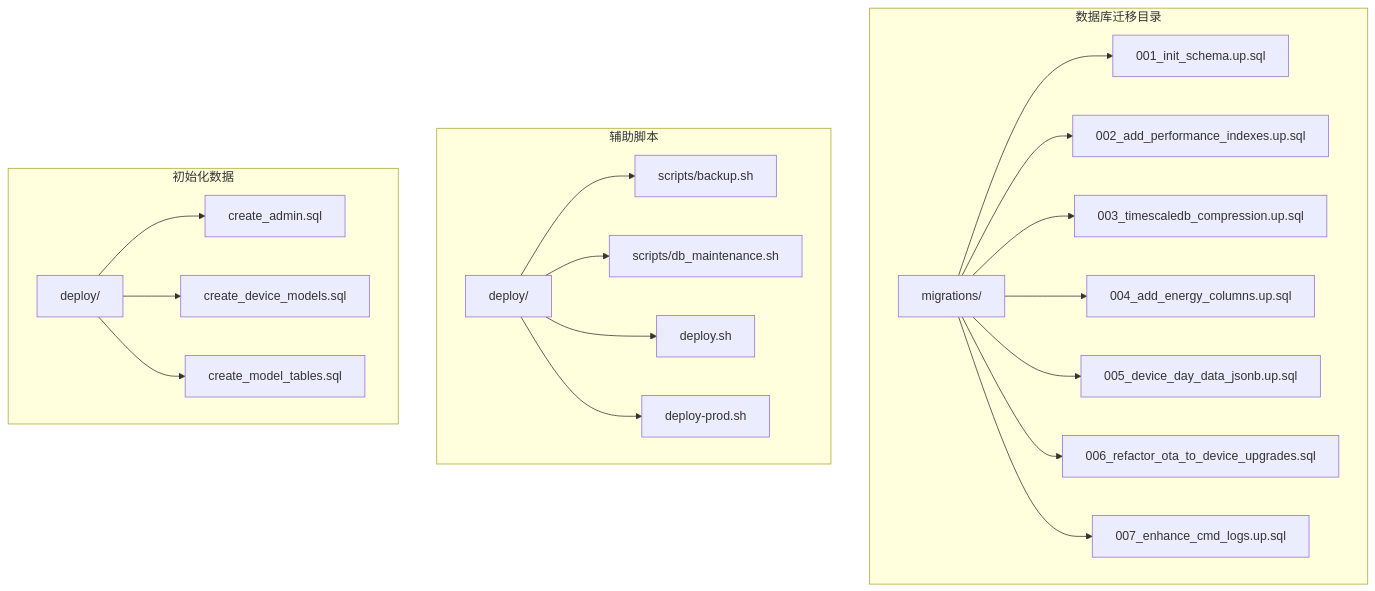
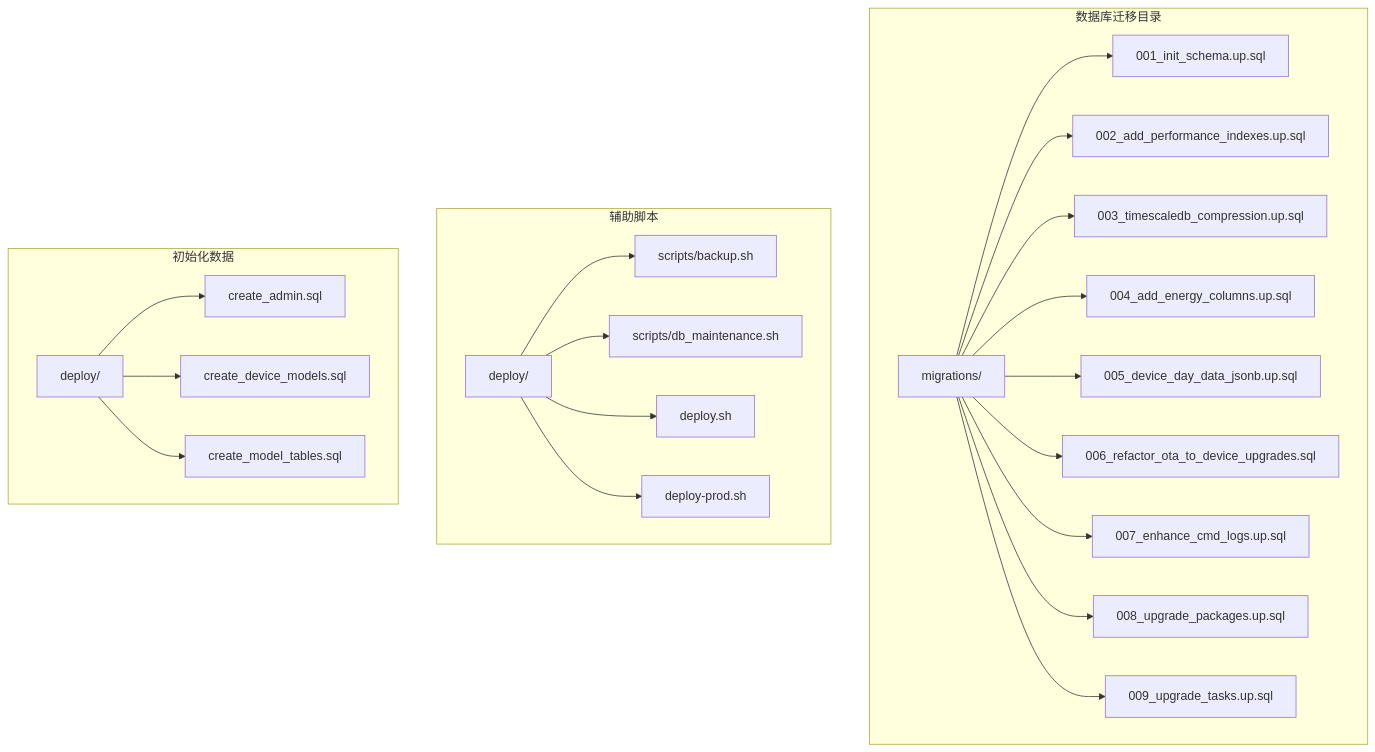
The first of 19 diagrams in .qoder/repowiki/zh/content/数据库设计/数据库迁移管理.md (mcmrzy/cs_inv_monitor-develop), drawn with Mermaid before and after one commit. The commit also changed other lines of this file and 128 other files, not shown here.

````diff
--- a/.qoder/repowiki/zh/content/数据库设计/数据库迁移管理.md
+++ b/.qoder/repowiki/zh/content/数据库设计/数据库迁移管理.md
@@ -45,26 +49,28 @@
 ```mermaid
 graph TB
 subgraph "数据库迁移目录"
 MIGRATIONS[migrations/]
 MIGRATIONS --> INIT[001_init_schema.up.sql]
 MIGRATIONS --> INDEXES[002_add_performance_indexes.up.sql]
 MIGRATIONS --> COMPRESSION[003_timescaledb_compression.up.sql]
 MIGRATIONS --> ENERGY[004_add_energy_columns.up.sql]
 MIGRATIONS --> JSONB[005_device_day_data_jsonb.up.sql]
 MIGRATIONS --> OTA[006_refactor_ota_to_device_upgrades.sql]
 MIGRATIONS --> CMDLOGS[007_enhance_cmd_logs.up.sql]
+MIGRATIONS --> UPGRADE_PACKAGES[008_upgrade_packages.up.sql]
+MIGRATIONS --> UPGRADE_TASKS[009_upgrade_tasks.up.sql]
 end
 subgraph "辅助脚本"
 DEPLOY[deploy/]
 DEPLOY --> BACKUP[scripts/backup.sh]
 DEPLOY --> MAINTENANCE[scripts/db_maintenance.sh]
 DEPLOY --> DEPLOY_SCRIPT[deploy.sh]
 DEPLOY --> PROD_DEPLOY[deploy-prod.sh]
 end
 subgraph "初始化数据"
 INIT_DATA[deploy/]
 INIT_DATA --> ADMIN[create_admin.sql]
 INIT_DATA --> MODELS[create_device_models.sql]
 INIT_DATA --> TABLES[create_model_tables.sql]
 end
 ```
````
